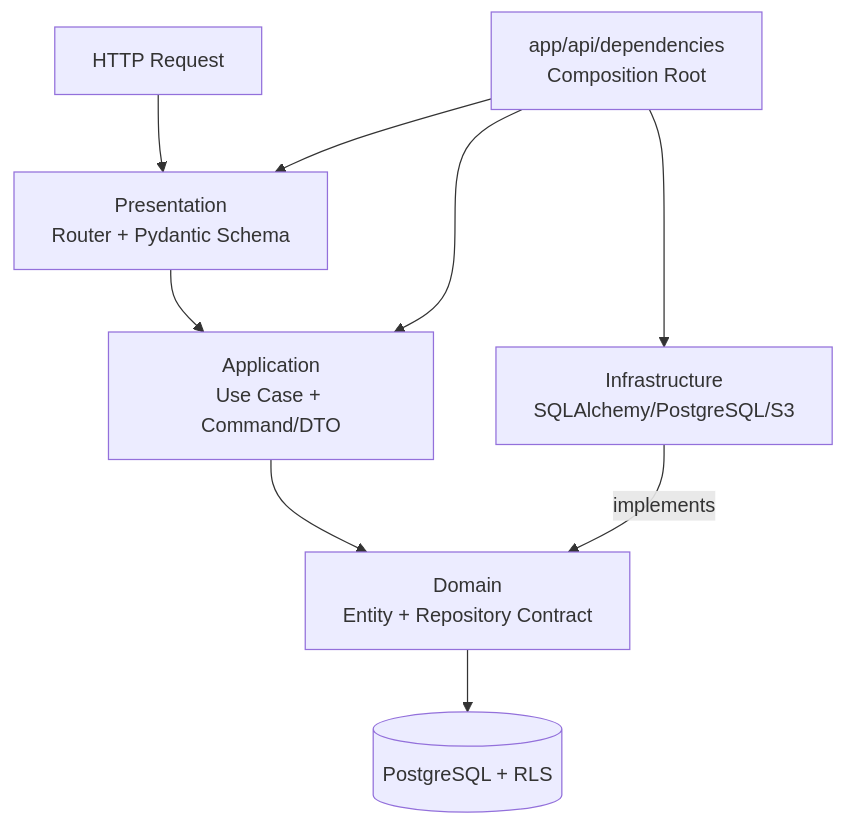
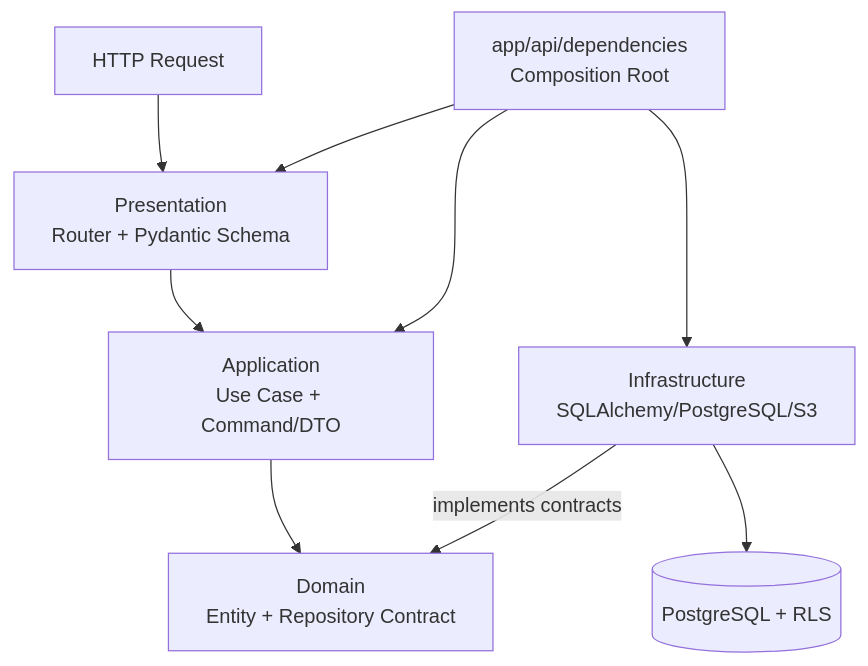
One commit to jacklove33/scm-demo-backend changed the first of 2 diagrams in README.md. Above: the diagram before and after it, drawn with Mermaid. The commit also changed other lines of this file, not shown here.

Commit message:
docs: document backend architecture and development standards

````diff
--- a/README.md
+++ b/README.md
@@ -41,11 +41,11 @@
 ```mermaid
 flowchart TB
     HTTP[HTTP Request] --> P[Presentation<br/>Router + Pydantic Schema]
     P --> A[Application<br/>Use Case + Command/DTO]
     A --> D[Domain<br/>Entity + Repository Contract]
-    I[Infrastructure<br/>SQLAlchemy/PostgreSQL/S3] -->|implements| D
+    I[Infrastructure<br/>SQLAlchemy/PostgreSQL/S3] -->|implements contracts| D
+    I --> DB[(PostgreSQL + RLS)]
     C[app/api/dependencies<br/>Composition Root] --> P
     C --> A
     C --> I
-    D --> DB[(PostgreSQL + RLS)]
 ```
````
